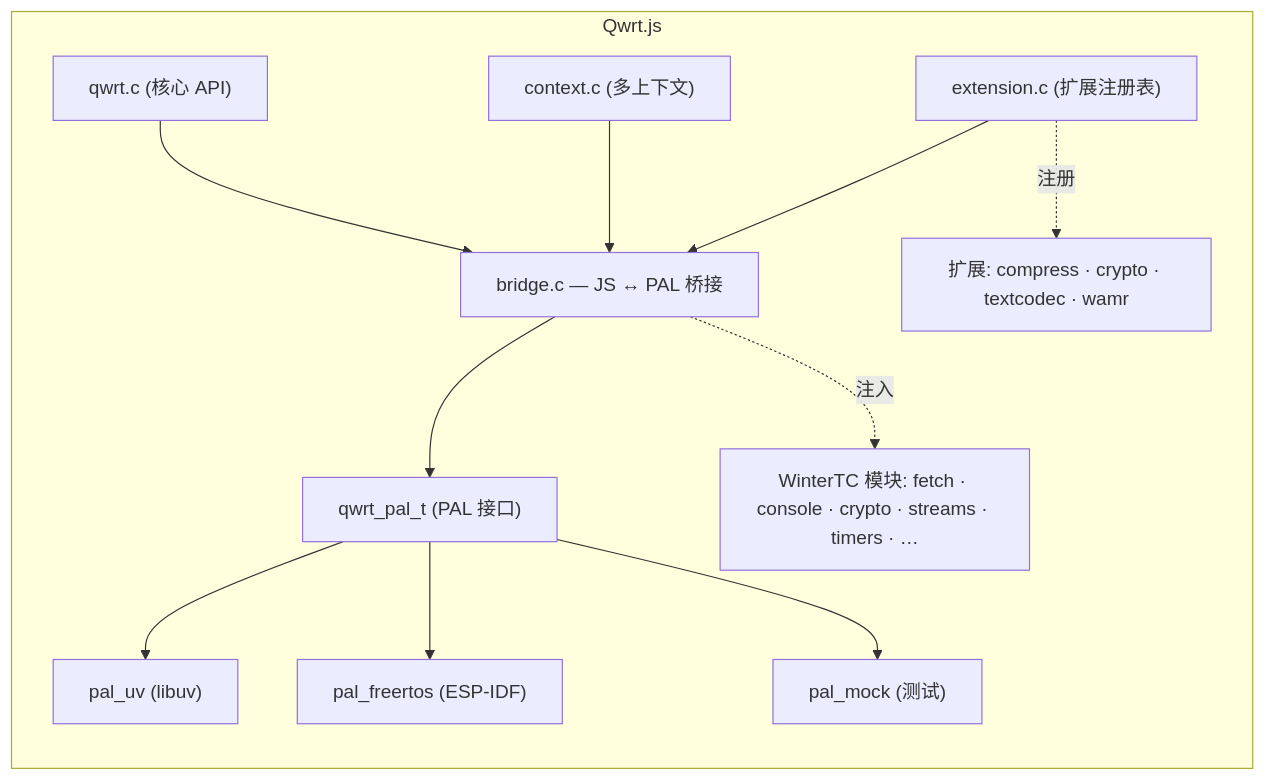
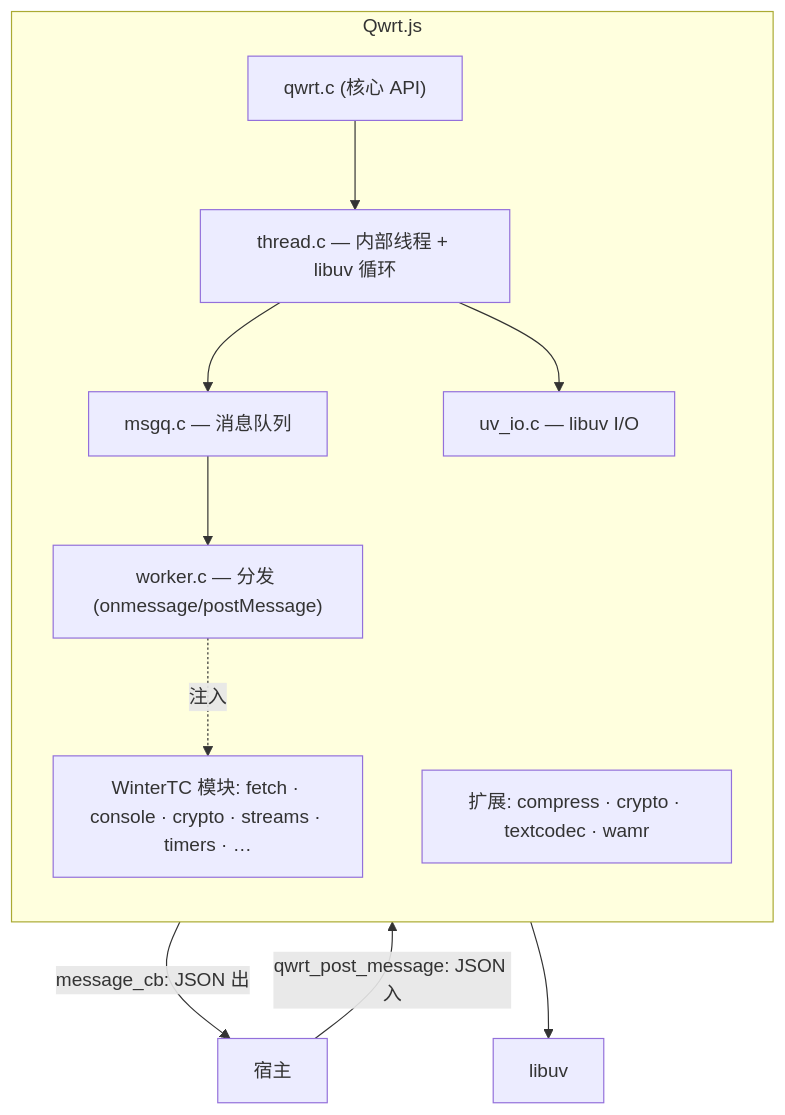
The diagram in docs/zh/index.md (adam-ikari/qwrt), drawn with Mermaid before and after one commit. The commit also changed other lines of this file and 163 other files, not shown here.

First line of the commit message:
refactor(qwrt): libuv-native execution model — drop PAL, own thread + loop

````diff
--- a/docs/zh/index.md
+++ b/docs/zh/index.md
@@ -75,21 +74,21 @@
 ```mermaid
 flowchart TB
     subgraph QWRT["Qwrt.js"]
         direction TB
         Core["qwrt.c (核心 API)"]
-        Ctx["context.c (多上下文)"]
-        Ext["extension.c (扩展注册表)"]
-        Bridge["bridge.c — JS ↔ PAL 桥接"]
-        Core --> Bridge
-        Ctx --> Bridge
-        Ext --> Bridge
-        Bridge --> PAL["qwrt_pal_t (PAL 接口)"]
-        PAL --> PalUV["pal_uv (libuv)"]
-        PAL --> PalFR["pal_freertos (ESP-IDF)"]
-        PAL --> PalMock["pal_mock (测试)"]
+        Thread["thread.c — 内部线程 + libuv 循环"]
+        Msgq["msgq.c — 消息队列"]
+        Worker["worker.c — 分发 (onmessage/postMessage)"]
+        UvIO["uv_io.c — libuv I/O"]
+        Core --> Thread
+        Thread --> Msgq
+        Msgq --> Worker
+        Thread --> UvIO
         JS["WinterTC 模块: fetch · console · crypto · streams · timers · …"]
         ExtList["扩展: compress · crypto · textcodec · wamr"]
-        Bridge -.注入.-> JS
-        Ext -.注册.-> ExtList
+        Worker -.注入.-> JS
     end
+    HOST["宿主"] -->|"qwrt_post_message: JSON 入"| Msgq
+    Worker -->|"message_cb: JSON 出"| HOST
+    UvIO --> LIBUV["libuv"]
 ```
````
